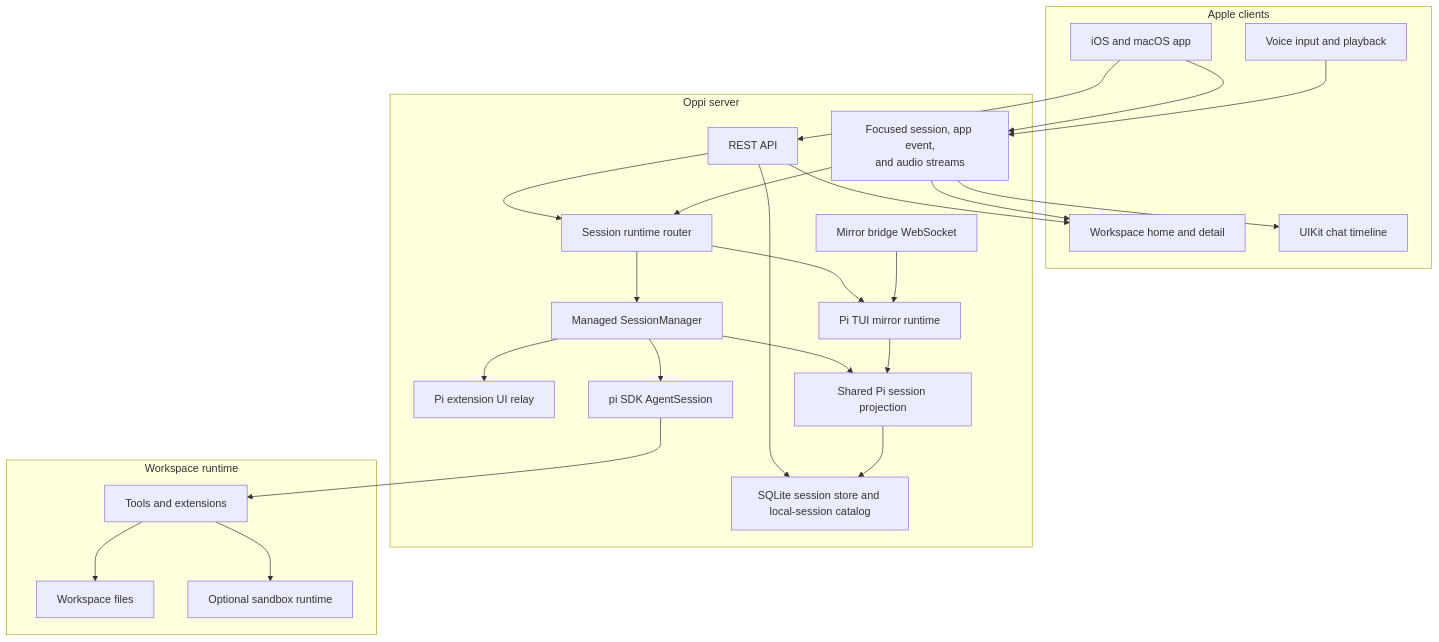
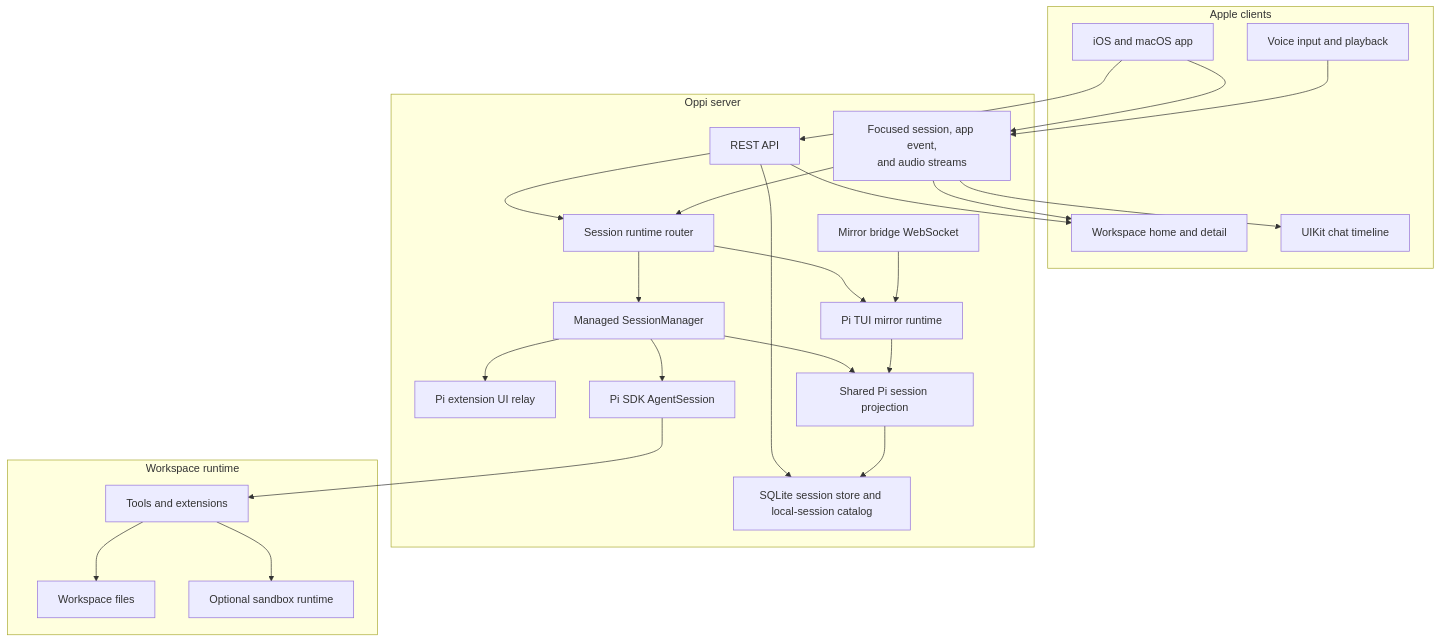
The first of 3 diagrams in docs/architecture.md (duh17/oppi), drawn with Mermaid before and after one commit. The commit also changed other lines of this file and 6 other files, not shown here.

Commit message:
chore: split architecture boundary guides

````diff
--- a/docs/architecture.md
+++ b/docs/architecture.md
@@ -13,49 +20,49 @@
 ```mermaid
 graph TD
   subgraph Apple[Apple clients]
     App[iOS and macOS app]
     WorkspaceUI[Workspace home and detail]
     Timeline[UIKit chat timeline]
     Voice[Voice input and playback]
   end
 
   subgraph Server[Oppi server]
     HTTP[REST API]
     Streams[Focused session, app event,<br/>and audio streams]
     Router[Session runtime router]
     Sessions[Managed SessionManager]
     Mirror[Pi TUI mirror runtime]
     Bridge[Mirror bridge WebSocket]
     ExtensionUI[Pi extension UI relay]
     Storage[SQLite session store and local-session catalog]
     Project[Shared Pi session projection]
-    Pi[pi SDK AgentSession]
+    Pi[Pi SDK AgentSession]
   end
 
   subgraph Workspace[Workspace runtime]
     Files[Workspace files]
     Tools[Tools and extensions]
     Sandbox[Optional sandbox runtime]
   end
 
   App --> HTTP
   App --> Streams
   HTTP --> Router
   HTTP --> Storage
   Streams --> Router
   Router --> Sessions
   Router --> Mirror
   Bridge --> Mirror
   Sessions --> ExtensionUI
   Sessions --> Pi
   Sessions --> Project
   Mirror --> Project
   Pi --> Tools
   Tools --> Files
   Project --> Storage
   Tools --> Sandbox
   HTTP --> WorkspaceUI
   Streams --> WorkspaceUI
   Streams --> Timeline
   Voice --> Streams
 ```
````
